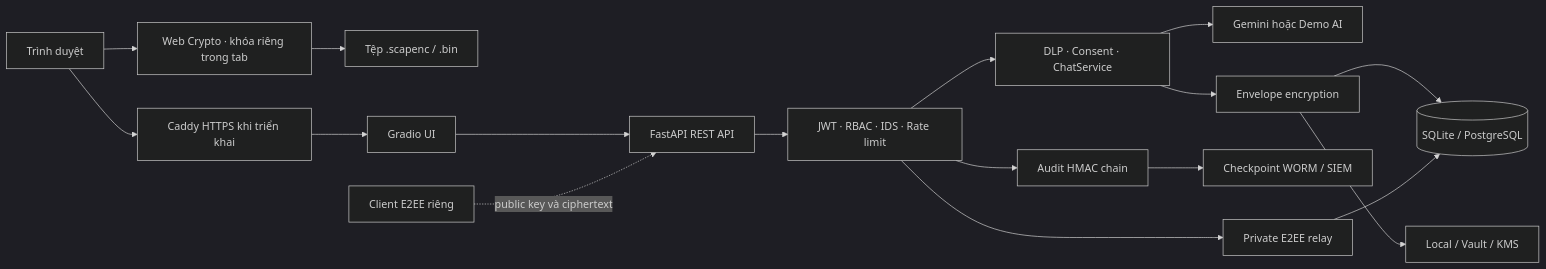
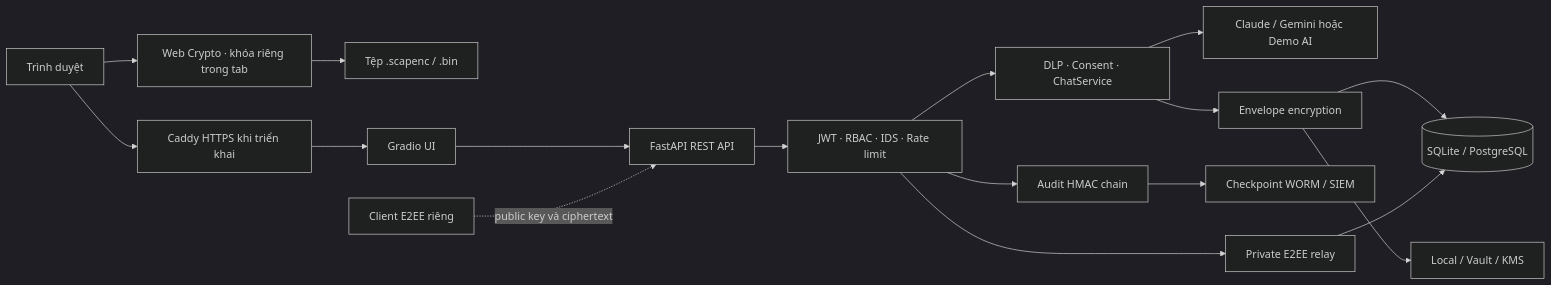
Before and after one commit to nguyentuanthien2384/Secure_Conversational_Application_Platform: the diagram in README.md, drawn with Mermaid (dark theme). The commit also changed other lines of this file and 7 other files, not shown here.

Commit message:
feat: add hardening tests, Claude and Gemini integrations, and DLP support

````diff
--- a/README.md
+++ b/README.md
@@ -212,19 +212,19 @@
 ```mermaid
 flowchart LR
     Browser[Trình duyệt] --> Edge[Caddy HTTPS khi triển khai]
     Browser --> LocalCrypto[Web Crypto · khóa riêng trong tab]
     LocalCrypto --> Download[Tệp .scapenc / .bin]
     Edge --> UI[Gradio UI]
     UI --> API[FastAPI REST API]
     API --> Guard[JWT · RBAC · IDS · Rate limit]
     Guard --> Policy[DLP · Consent · ChatService]
-    Policy --> AI[Gemini hoặc Demo AI]
+    Policy --> AI[Claude / Gemini hoặc Demo AI]
     Policy --> Crypto[Envelope encryption]
     Crypto --> DB[(SQLite / PostgreSQL)]
     Crypto --> KMS[Local / Vault / KMS]
     Guard --> Audit[Audit HMAC chain]
     Audit --> WORM[Checkpoint WORM / SIEM]
     E2EE[Client E2EE riêng] -. public key và ciphertext .-> API
     Guard --> Relay[Private E2EE relay]
     Relay --> DB
 ```
````
